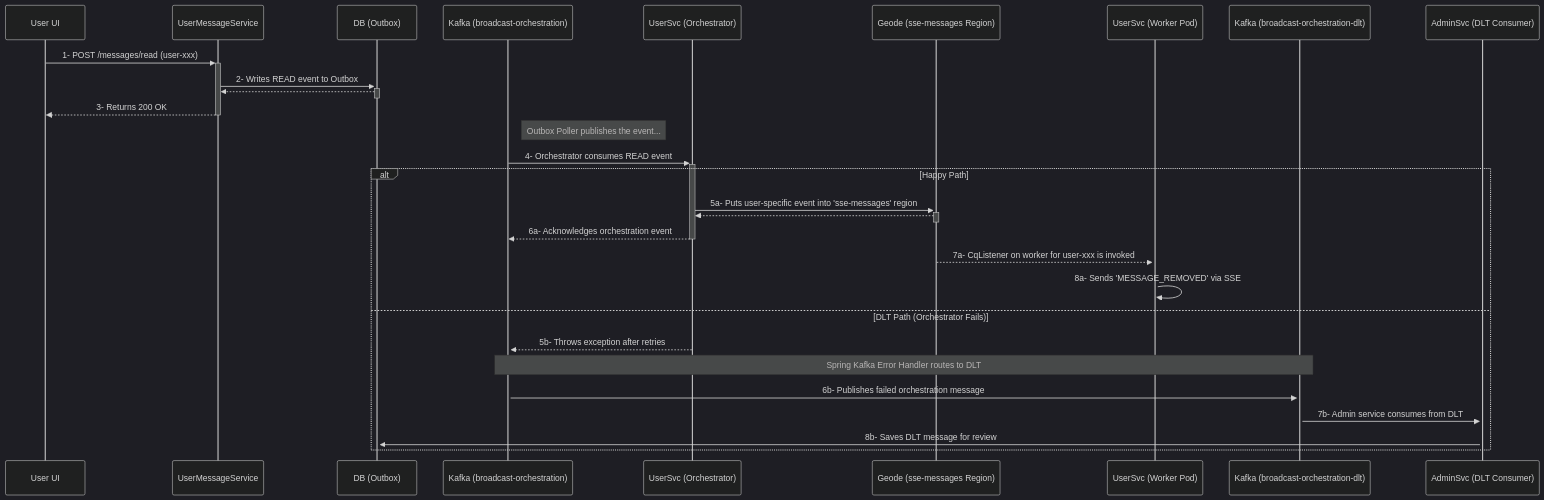
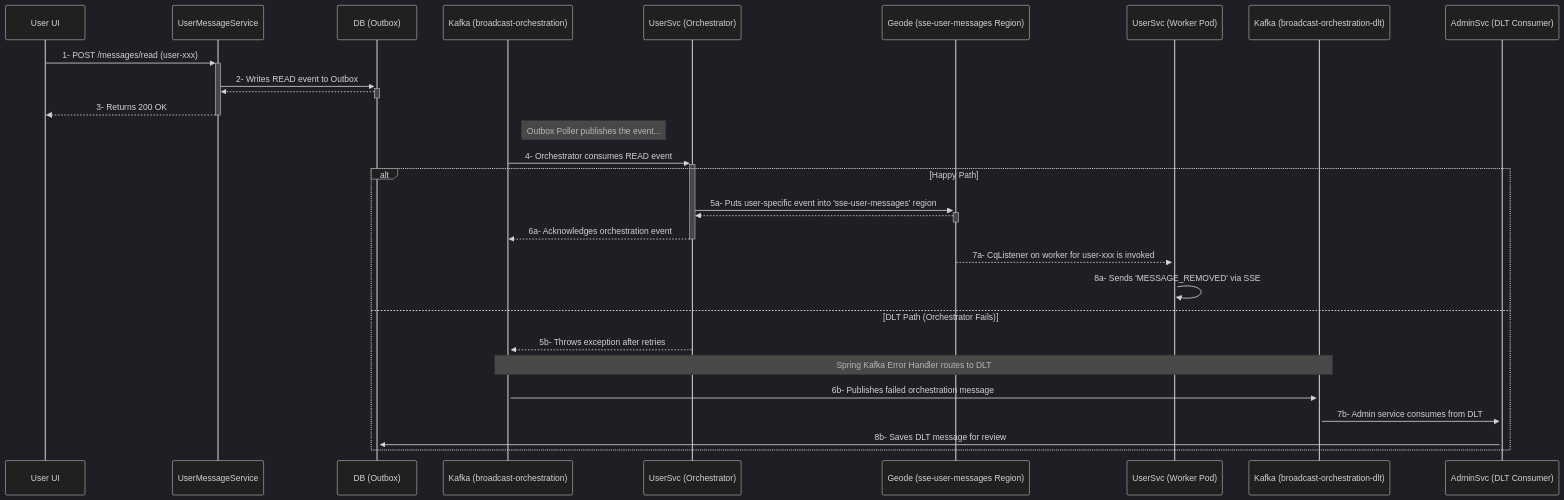
The diagram in MermaidDiagrams/seq-user-action-and-dlt.mmd (rsrini7/Notification-SSE-GLM-Flux), drawn with Mermaid (dark theme) before and after one commit. The commit also changed 15 other files, not shown here.

First line of the commit message:
feat(broadcast): split sse-messages into user-specific and all-users regions

```diff
--- a/MermaidDiagrams/seq-user-action-and-dlt.mmd
+++ b/MermaidDiagrams/seq-user-action-and-dlt.mmd
@@ -1,33 +1,33 @@
 sequenceDiagram
     participant UserUI as User UI
     participant UserSvc as UserMessageService
     participant DB as DB (Outbox)
     participant KafkaOrch as Kafka (broadcast-orchestration)
     participant Orchestrator as UserSvc (Orchestrator)
-    participant Geode as Geode (sse-messages Region)
+    participant Geode as Geode (sse-user-messages Region)
     participant Worker as UserSvc (Worker Pod)
     participant DLT as Kafka (broadcast-orchestration-dlt)
     participant DLTConsumer as AdminSvc (DLT Consumer)
 
     UserUI->>+UserSvc: 1- POST /messages/read (user-xxx)
     UserSvc->>+DB: 2- Writes READ event to Outbox
     DB-->>-UserSvc: 
     UserSvc-->>-UserUI: 3- Returns 200 OK
 
     Note right of KafkaOrch: Outbox Poller publishes the event...
     KafkaOrch->>+Orchestrator: 4- Orchestrator consumes READ event
 
     alt Happy Path
-        Orchestrator->>+Geode: 5a- Puts user-specific event into 'sse-messages' region
+        Orchestrator->>+Geode: 5a- Puts user-specific event into 'sse-user-messages' region
         Geode-->>-Orchestrator: 
         Orchestrator-->>-KafkaOrch: 6a- Acknowledges orchestration event
 
         Geode-->>+Worker: 7a- CqListener on worker for user-xxx is invoked
         Worker->>Worker: 8a- Sends 'MESSAGE_REMOVED' via SSE
     else DLT Path (Orchestrator Fails)
         Orchestrator-->>+KafkaOrch: 5b- Throws exception after retries
         Note over KafkaOrch, DLT: Spring Kafka Error Handler routes to DLT
         KafkaOrch->>+DLT: 6b- Publishes failed orchestration message
         DLT->>+DLTConsumer: 7b- Admin service consumes from DLT
         DLTConsumer->>+DB: 8b- Saves DLT message for review
     end
```
